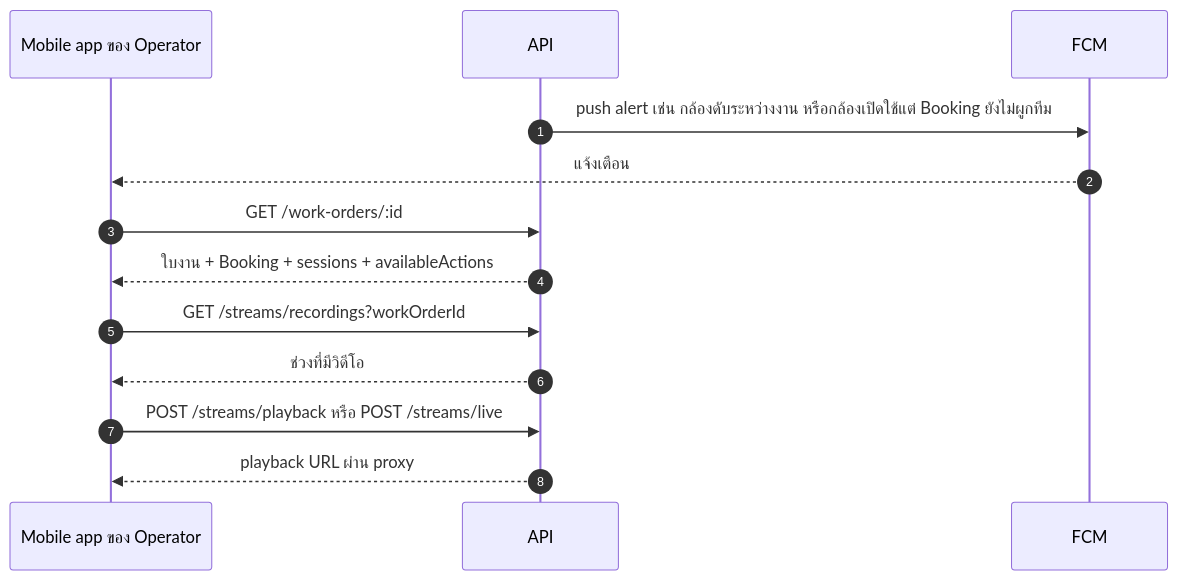
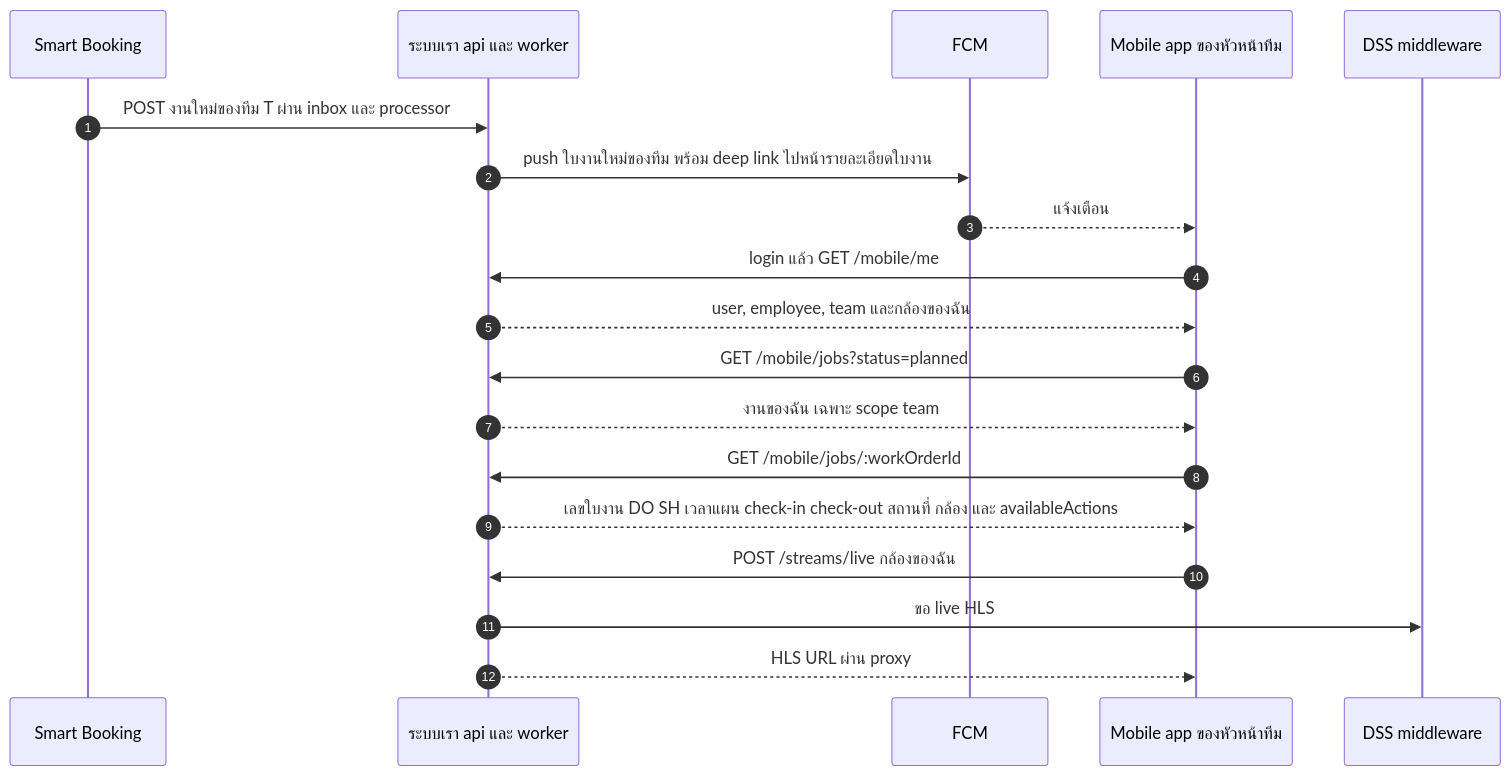
One commit to b-werayut/psd-bodycam-v1.0 changed the tenth of 10 diagrams in docs/blueprint/03-business-workflows.md. Above: the diagram before and after it, drawn with Mermaid. The commit also changed other lines of this file and 15 other files, not shown here.

````diff
--- a/docs/blueprint/03-business-workflows.md
+++ b/docs/blueprint/03-business-workflows.md
@@ -441,16 +464,22 @@
 ```mermaid
 sequenceDiagram
   autonumber
-  participant APP as Mobile app ของ Operator
-  participant API as API
+  participant BK as Smart Booking
+  participant SYS as ระบบเรา api และ worker
   participant FCM as FCM
+  participant APP as Mobile app ของหัวหน้าทีม
+  participant DSS as DSS middleware
 
-  API->>FCM: push alert เช่น กล้องดับระหว่างงาน หรือกล้องเปิดใช้แต่ Booking ยังไม่ผูกทีม
+  BK->>SYS: POST งานใหม่ของทีม T ผ่าน inbox และ processor
+  SYS->>FCM: push ใบงานใหม่ของทีม พร้อม deep link ไปหน้ารายละเอียดใบงาน
   FCM-->>APP: แจ้งเตือน
-  APP->>API: GET /work-orders/:id
-  API-->>APP: ใบงาน + Booking + sessions + availableActions
-  APP->>API: GET /streams/recordings?workOrderId
-  API-->>APP: ช่วงที่มีวิดีโอ
-  APP->>API: POST /streams/playback หรือ POST /streams/live
-  API-->>APP: playback URL ผ่าน proxy
+  APP->>SYS: login แล้ว GET /mobile/me
+  SYS-->>APP: user, employee, team และกล้องของฉัน
+  APP->>SYS: GET /mobile/jobs?status=planned
+  SYS-->>APP: งานของฉัน เฉพาะ scope team
+  APP->>SYS: GET /mobile/jobs/:workOrderId
+  SYS-->>APP: เลขใบงาน DO SH เวลาแผน check-in check-out สถานที่ กล้อง และ availableActions
+  APP->>SYS: POST /streams/live กล้องของฉัน
+  SYS->>DSS: ขอ live HLS
+  SYS-->>APP: HLS URL ผ่าน proxy
 ```
````
